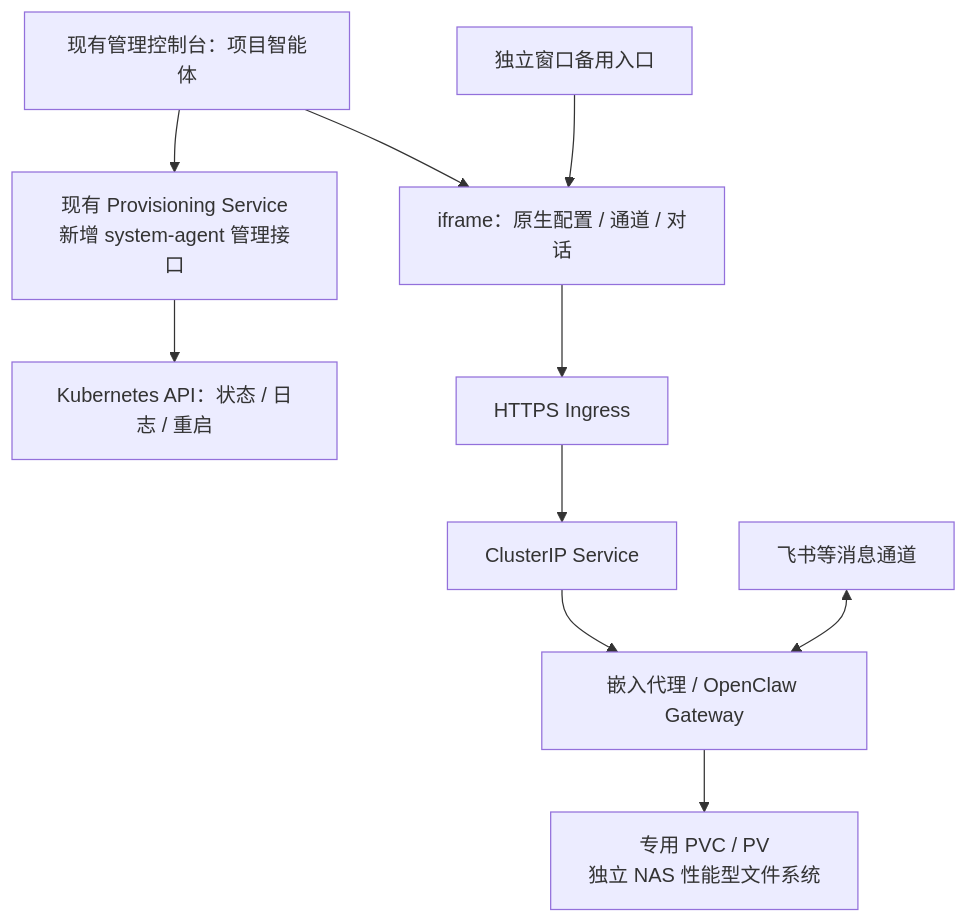
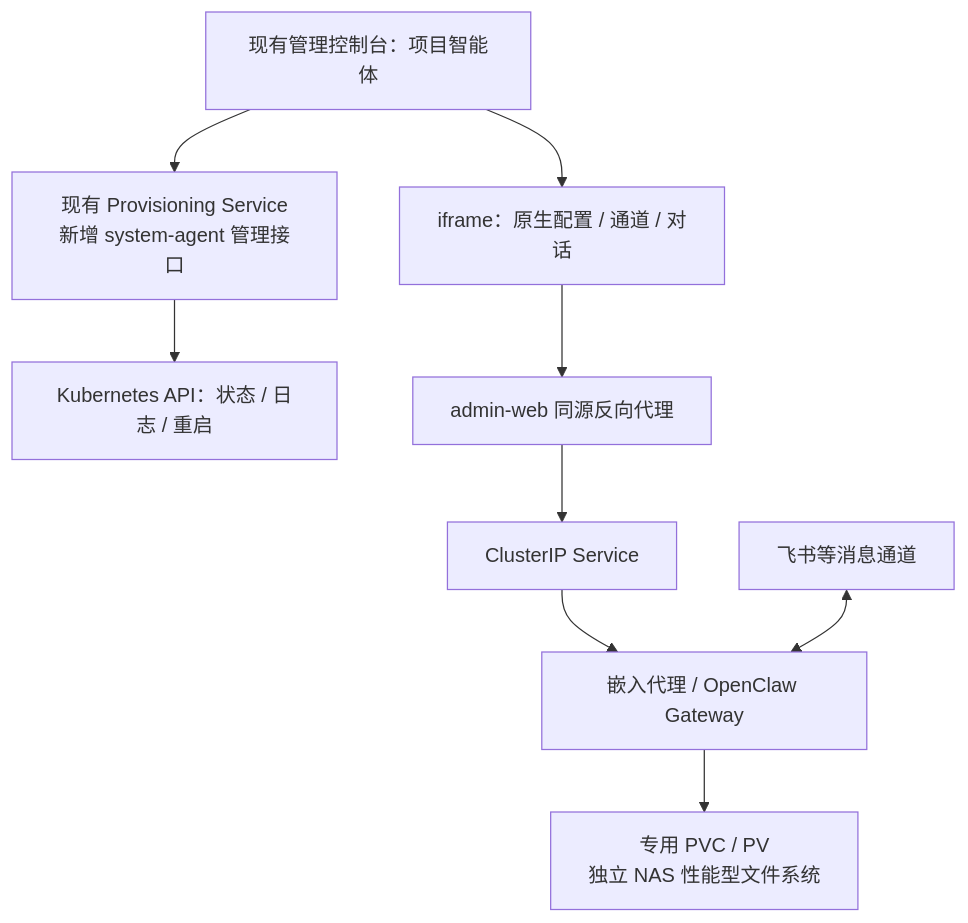
The diagram in docs/design/project-openclaw.md (vegekyd-sys/mirror-v-portal), drawn with Mermaid before and after one commit. The commit also changed other lines of this file and 7 other files, not shown here.

Commit message:
feat(nexus-manager): embed UI through admin web

````diff
--- a/docs/design/project-openclaw.md
+++ b/docs/design/project-openclaw.md
@@ -46,12 +46,11 @@
 ```mermaid
 flowchart TD
     A[现有管理控制台：项目智能体] --> P[现有 Provisioning Service\n新增 system-agent 管理接口]
     P --> K[Kubernetes API：状态 / 日志 / 重启]
     A --> I[iframe：原生配置 / 通道 / 对话]
-    U[独立窗口备用入口] --> I
-    I --> G[HTTPS Ingress]
-    G --> S[ClusterIP Service]
+    I --> W[admin-web 同源反向代理]
+    W --> S[ClusterIP Service]
     S --> O[嵌入代理 / OpenClaw Gateway]
     F[飞书等消息通道] <--> O
     O --> N[专用 PVC / PV\n独立 NAS 性能型文件系统]
 ```
````
